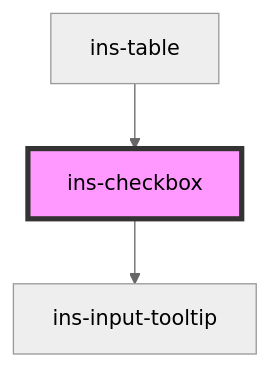
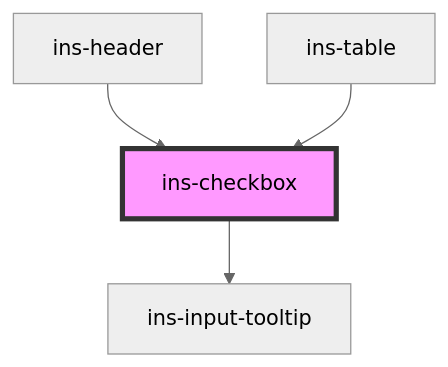
Before and after one commit to insites-io/insites-components-v3: the diagram in components/src/components/ins-checkbox/README.md, drawn with Mermaid (neutral theme). The commit also changed other lines of this file and 16 other files, not shown here.

Commit message:
[TW#26371963] Port Admin Shell v1.5 as variant=v6 on ins-header, ins-sidebar and ins-sidebar-item

````diff
--- a/components/src/components/ins-checkbox/README.md
+++ b/components/src/components/ins-checkbox/README.md
@@ -92,6 +93,7 @@
 ```mermaid
 graph TD;
   ins-checkbox --> ins-input-tooltip
+  ins-header --> ins-checkbox
   ins-table --> ins-checkbox
   style ins-checkbox fill:#f9f,stroke:#333,stroke-width:4px
 ```
````
